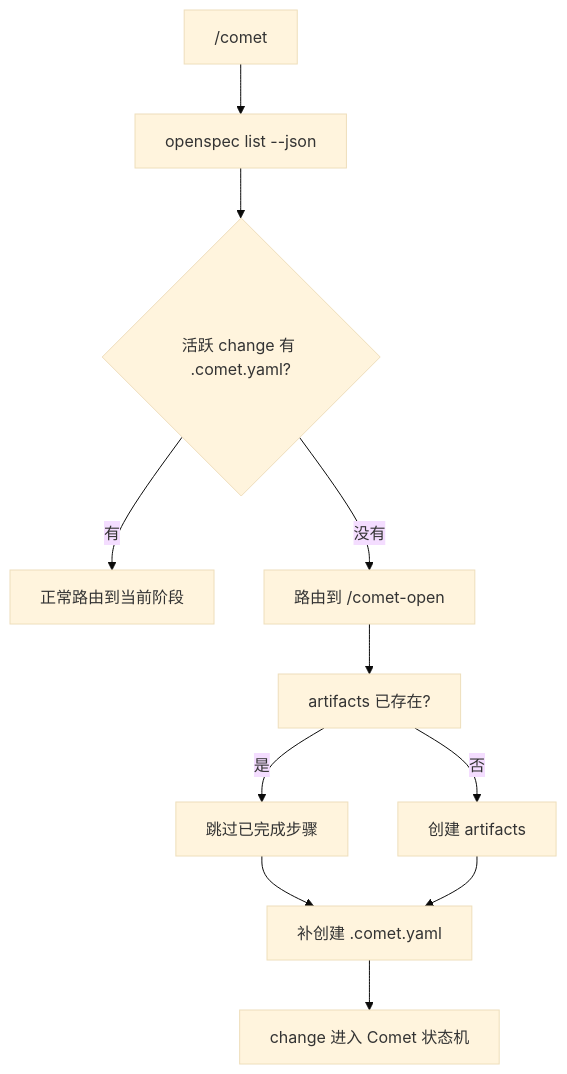
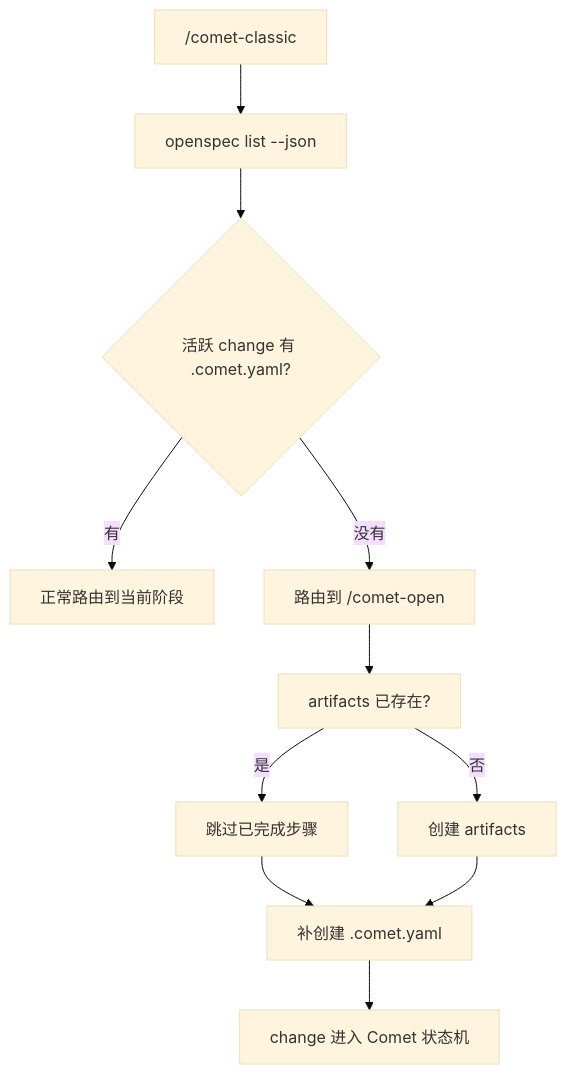
The second of 2 diagrams in zh/guides/existing-project.mdx (rpamis/comet-website-docs), drawn with Mermaid (base theme) before and after one commit. The commit also changed other lines of this file and 65 other files, not shown here.

````diff
--- a/zh/guides/existing-project.mdx
+++ b/zh/guides/existing-project.mdx
@@ -133,13 +133,13 @@
 ```mermaid
 flowchart TD
-  A["/comet"] --> B["openspec list --json"]
+  A["/comet-classic"] --> B["openspec list --json"]
   B --> C{"活跃 change 有 .comet.yaml?"}
   C -->|有| D["正常路由到当前阶段"]
   C -->|没有| E["路由到 /comet-open"]
   E --> F["artifacts 已存在?"]
   F -->|是| G["跳过已完成步骤"]
   F -->|否| H["创建 artifacts"]
   G --> I["补创建 .comet.yaml"]
   H --> I
   I --> J["change 进入 Comet 状态机"]
 ```
````
